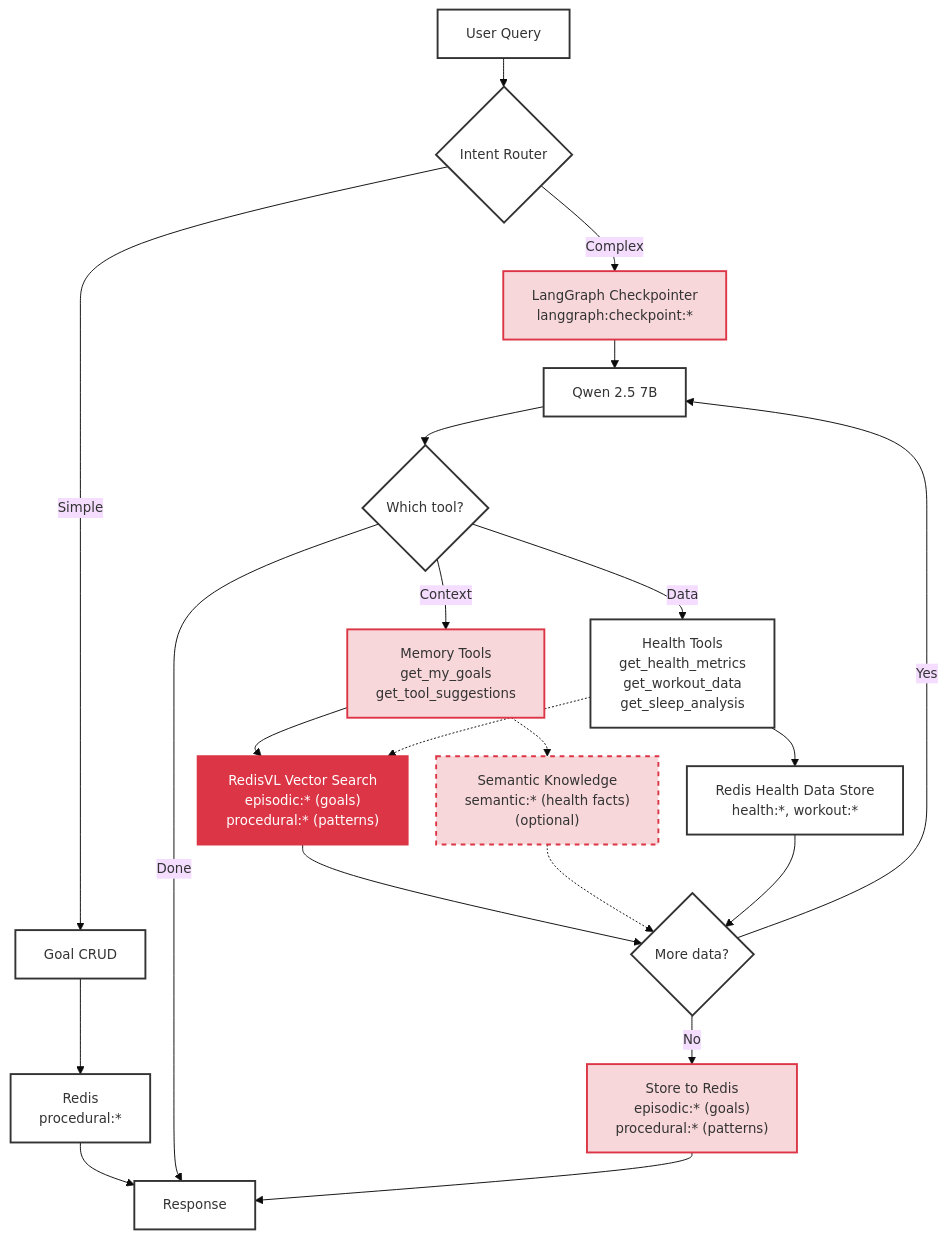
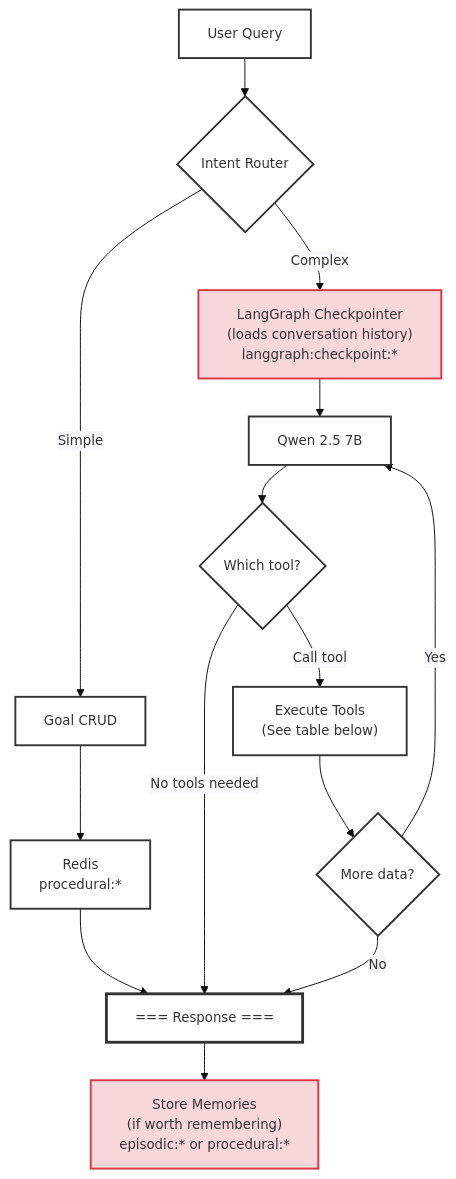
The second of 2 diagrams in docs/STATEFUL_AGENT.md (AllieRays/redis-wellness), drawn with Mermaid before and after one commit. The commit also changed other lines of this file, not shown here.

Commit message:
Update stateful agent documentation

````diff
--- a/docs/STATEFUL_AGENT.md
+++ b/docs/STATEFUL_AGENT.md
@@ -88,54 +90,39 @@
 ```mermaid
-%%{init: {'theme':'base', 'themeVariables': { 'fontSize':'14px'}, 'flowchart': {'nodeSpacing': 30, 'rankSpacing': 30}}}%%
+%%{init: {'theme':'base', 'themeVariables': { 'fontSize':'14px', 'edgeLabelBackground':'#f8f9fa'}, 'flowchart': {'nodeSpacing': 40, 'rankSpacing': 40}}}%%
 flowchart TB
     Query["User Query"]
     Router{"Intent Router"}
     GoalOp["Goal CRUD"]
     GoalRedis["Redis<br/>procedural:*"]
-    Memory["LangGraph Checkpointer<br/>langgraph:checkpoint:*"]
+    Memory["LangGraph Checkpointer<br/>(loads conversation history)<br/>langgraph:checkpoint:*"]
     LLM["Qwen 2.5 7B"]
     Decision{"Which tool?"}
-    MT["Memory Tools<br/>get_my_goals<br/>get_tool_suggestions"]
-    HT["Health Tools<br/>get_health_metrics<br/>get_workout_data<br/>get_sleep_analysis"]
-    VectorDB["RedisVL Vector Search<br/>episodic:* (goals)<br/>procedural:* (patterns)"]
-    SemanticDB["Semantic Knowledge<br/>semantic:* (health facts)<br/>(optional)"]
-    HealthDB["Redis Health Data Store<br/>health:*, workout:*"]
+    Tools["Execute Tools<br/>(See table below)"]
     Loop{"More data?"}
-    Store["Store to Redis<br/>episodic:* (goals)<br/>procedural:* (patterns)"]
-    Response["Response"]
+    Store["Store Memories<br/>(if worth remembering)<br/>episodic:* or procedural:*"]
+    Response["=== Response ==="]
     Query --> Router
     Router -->|Simple| GoalOp
     Router -->|Complex| Memory
     GoalOp --> GoalRedis
     GoalRedis --> Response
     Memory --> LLM
     LLM --> Decision
-    Decision -->|Context| MT
-    Decision -->|Data| HT
-    Decision -->|Done| Response
-    MT --> VectorDB
-    MT -.-> SemanticDB
-    HT --> HealthDB
-    HT -.-> VectorDB
-    VectorDB --> Loop
-    SemanticDB -.-> Loop
-    HealthDB --> Loop
+    Decision -->|Call tool| Tools
+    Decision -->|No tools needed| Response
+    Tools --> Loop
     Loop -->|Yes| LLM
-    Loop -->|No| Store
-    Store --> Response
+    Loop -->|No| Response
+    Response --> Store
     style Query fill:#fff,stroke:#333,stroke-width:2px
     style Router fill:#fff,stroke:#333,stroke-width:2px
     style GoalOp fill:#fff,stroke:#333,stroke-width:2px
     style GoalRedis fill:#fff,stroke:#333,stroke-width:2px
     style Memory fill:#f8d7da,stroke:#dc3545,stroke-width:2px
     style LLM fill:#fff,stroke:#333,stroke-width:2px
     style Decision fill:#fff,stroke:#333,stroke-width:2px
-    style MT fill:#f8d7da,stroke:#dc3545,stroke-width:2px
-    style HT fill:#fff,stroke:#333,stroke-width:2px
-    style VectorDB fill:#dc3545,stroke:#dc3545,stroke-width:2px,color:#fff
-    style SemanticDB fill:#f8d7da,stroke:#dc3545,stroke-width:2px,stroke-dasharray: 5 5
-    style HealthDB fill:#fff,stroke:#333,stroke-width:2px
+    style Tools fill:#fff,stroke:#333,stroke-width:2px
     style Loop fill:#fff,stroke:#333,stroke-width:2px
     style Store fill:#f8d7da,stroke:#dc3545,stroke-width:2px
-    style Response fill:#fff,stroke:#333,stroke-width:2px
+    style Response fill:#fff,stroke:#333,stroke-width:3px,min-width:300px
 ```
````
